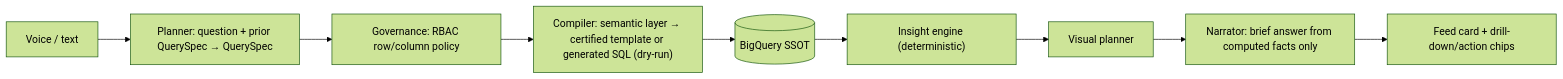
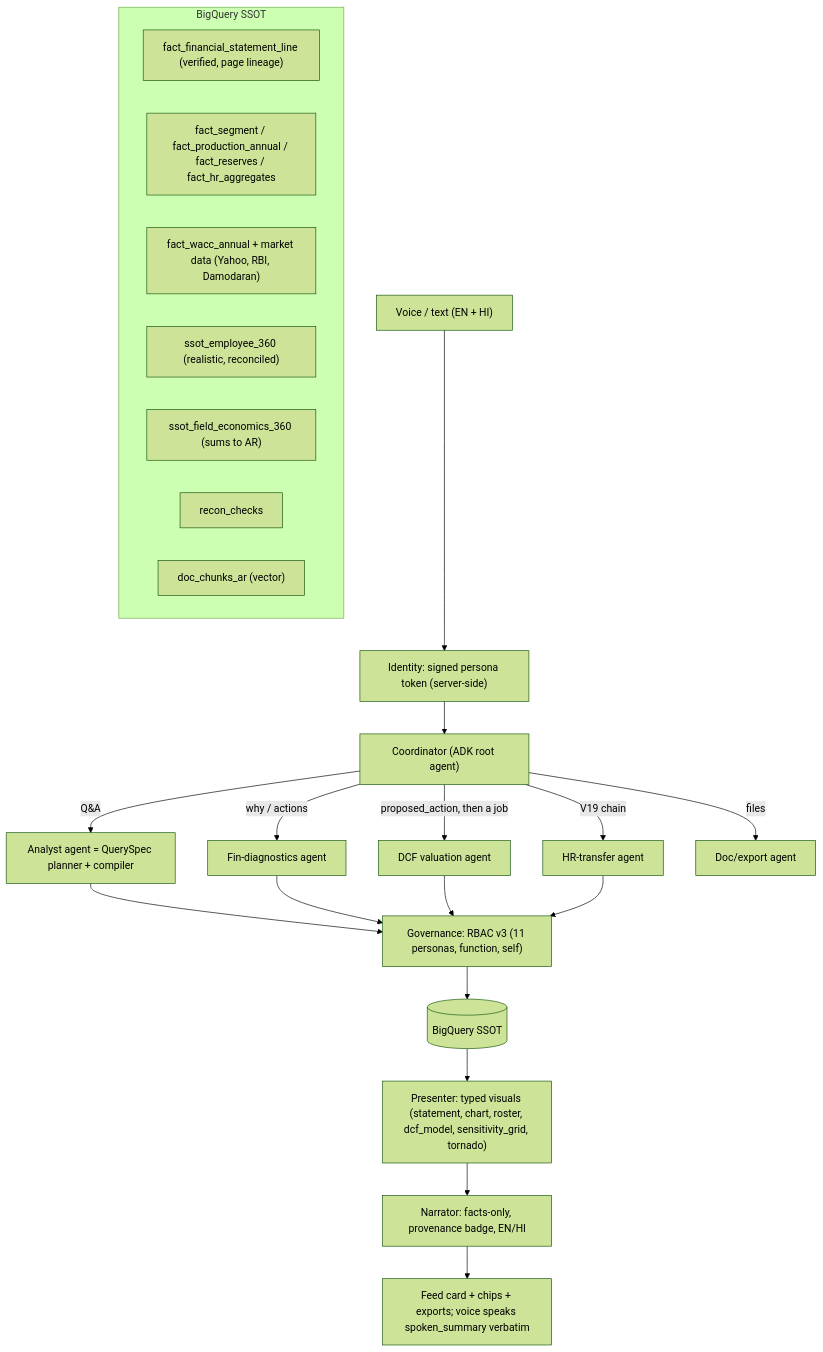
The first of 2 diagrams in BUILD.md (amandeepsinghs-cyber/HR-Finance-Agent-ONGC), drawn with Mermaid (forest theme) before and after one commit. The commit also changed other lines of this file and 136 other files, not shown here.

Commit message:
v3 docs baseline: feature list v3, BUILD v3, checklist v3 (P0-P5, 61 steps), BUG_REGISTER, SPEC-01..11, BEH-01..07, 51 packets, verbatim 23, decisions D-35..D-54; public data acquisition (ARs FY16-20, NSE XBRL, Damodaran). G4 approved (P0.8), sponsor G5 approved.

````diff
--- a/BUILD.md
+++ b/BUILD.md
@@ -37,11 +43,27 @@
 ```mermaid
-flowchart LR
-  U["Voice / text"] --> P["Planner: question + prior QuerySpec → QuerySpec"]
-  P --> G["Governance: RBAC row/column policy"]
-  G --> C["Compiler: semantic layer → certified template or generated SQL (dry-run)"]
-  C --> BQ[("BigQuery SSOT")]
-  BQ --> I["Insight engine (deterministic)"]
-  I --> V["Visual planner"]
-  V --> N["Narrator: brief answer from computed facts only"]
-  N --> F["Feed card + drill-down/action chips"]
+flowchart TD
+  U["Voice / text (EN + HI)"] --> ID["Identity: signed persona token (server-side)"]
+  ID --> CO["Coordinator (ADK root agent)"]
+  CO -->|"Q&A"| AN["Analyst agent = QuerySpec planner + compiler"]
+  CO -->|"why / actions"| FD["Fin-diagnostics agent"]
+  CO -->|"proposed_action, then a job"| DCF["DCF valuation agent"]
+  CO -->|"V19 chain"| HT["HR-transfer agent"]
+  CO -->|"files"| DX["Doc/export agent"]
+  AN --> G["Governance: RBAC v3 (11 personas, function, self)"]
+  FD --> G
+  DCF --> G
+  HT --> G
+  G --> BQ[("BigQuery SSOT")]
+  subgraph SSOT["BigQuery SSOT"]
+    F1["fact_financial_statement_line (verified, page lineage)"]
+    F2["fact_segment / fact_production_annual / fact_reserves / fact_hr_aggregates"]
+    F3["fact_wacc_annual + market data (Yahoo, RBI, Damodaran)"]
+    E1["ssot_employee_360 (realistic, reconciled)"]
+    E2["ssot_field_economics_360 (sums to AR)"]
+    R1["recon_checks"]
+    D1["doc_chunks_ar (vector)"]
+  end
+  BQ --> PR["Presenter: typed visuals (statement, chart, roster, dcf_model, sensitivity_grid, tornado)"]
+  PR --> N["Narrator: facts-only, provenance badge, EN/HI"]
+  N --> FEED["Feed card + chips + exports; voice speaks spoken_summary verbatim"]
 ```
````
